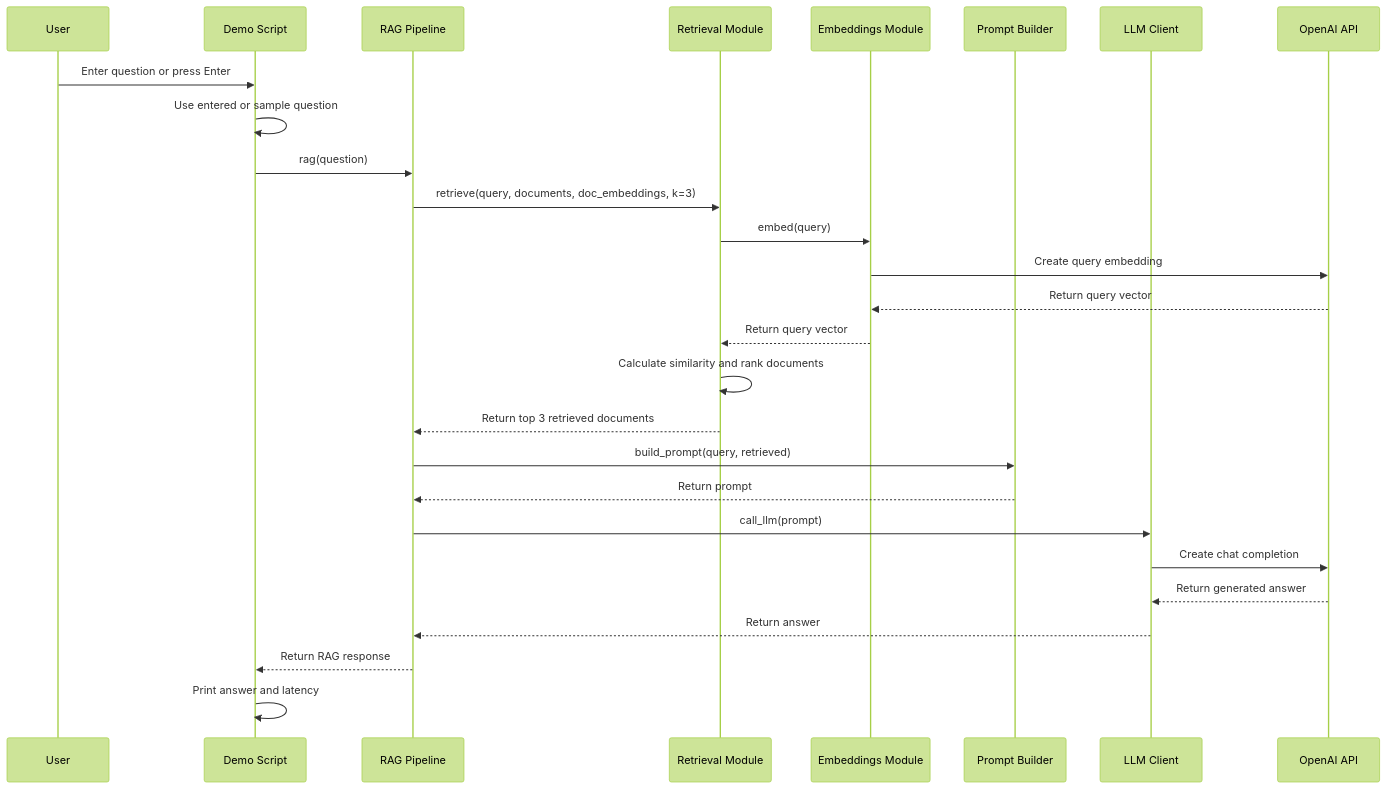
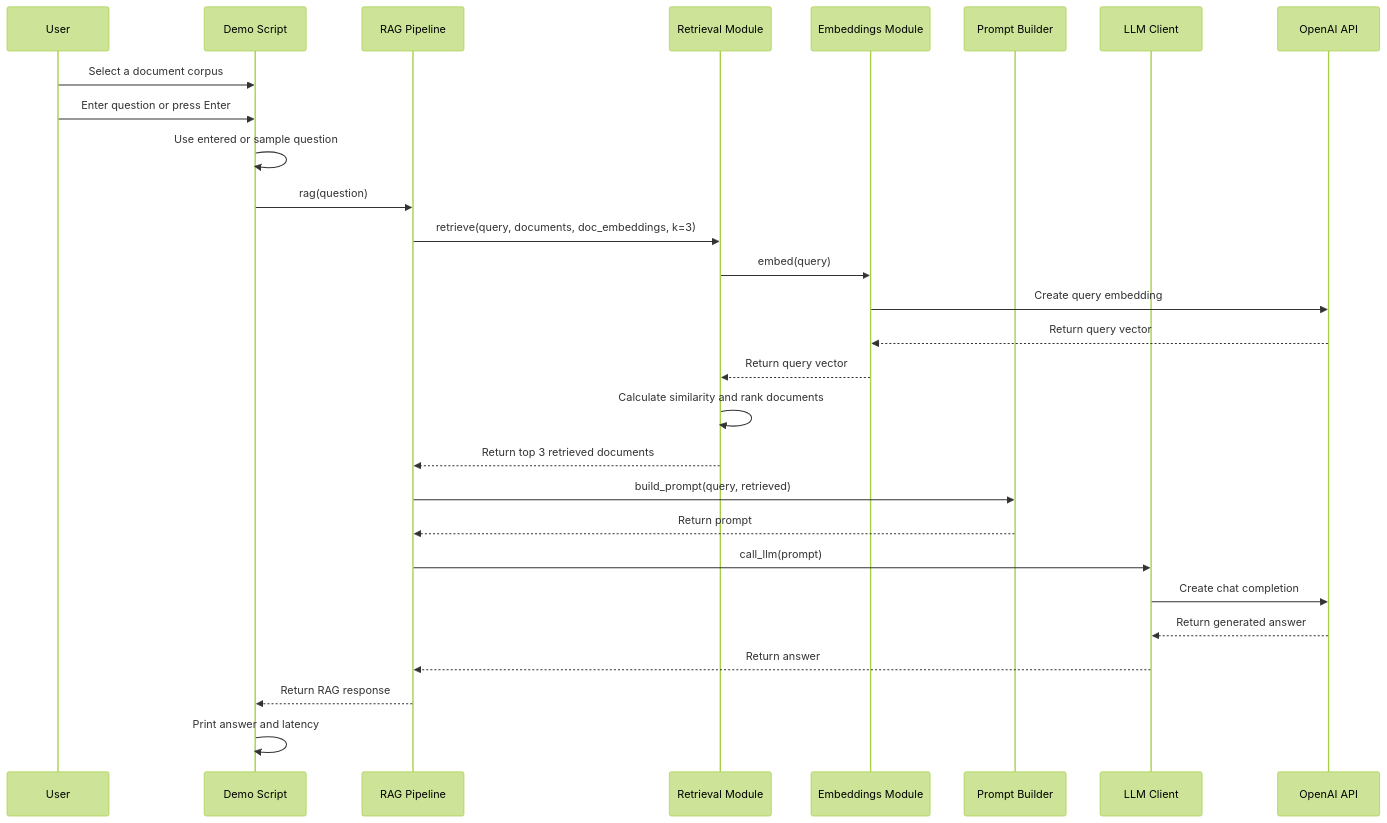
The diagram in README.md (soheelhaque/RAG-python), drawn with Mermaid (forest theme) before and after one commit. The commit also changed other lines of this file and 11 other files, not shown here.

Commit message:
Enhance demo functionality by allowing document source selection and update README; add financial documents and implement document loading

````diff
--- a/README.md
+++ b/README.md
@@ -20,30 +20,31 @@
 ```mermaid
 sequenceDiagram
     participant User
     participant Demo as Demo Script
     participant Pipeline as RAG Pipeline
     participant Retrieval as Retrieval Module
     participant Embeddings as Embeddings Module
     participant Prompt as Prompt Builder
     participant LLMClient as LLM Client
     participant OpenAI as OpenAI API
 
+    User->>Demo: Select a document corpus
     User->>Demo: Enter question or press Enter
     Demo->>Demo: Use entered or sample question
     Demo->>Pipeline: rag(question)
     Pipeline->>Retrieval: retrieve(query, documents, doc_embeddings, k=3)
     Retrieval->>Embeddings: embed(query)
     Embeddings->>OpenAI: Create query embedding
     OpenAI-->>Embeddings: Return query vector
     Embeddings-->>Retrieval: Return query vector
     Retrieval->>Retrieval: Calculate similarity and rank documents
     Retrieval-->>Pipeline: Return top 3 retrieved documents
     Pipeline->>Prompt: build_prompt(query, retrieved)
     Prompt-->>Pipeline: Return prompt
     Pipeline->>LLMClient: call_llm(prompt)
     LLMClient->>OpenAI: Create chat completion
     OpenAI-->>LLMClient: Return generated answer
     LLMClient-->>Pipeline: Return answer
     Pipeline-->>Demo: Return RAG response
     Demo->>Demo: Print answer and latency
 ```
````
